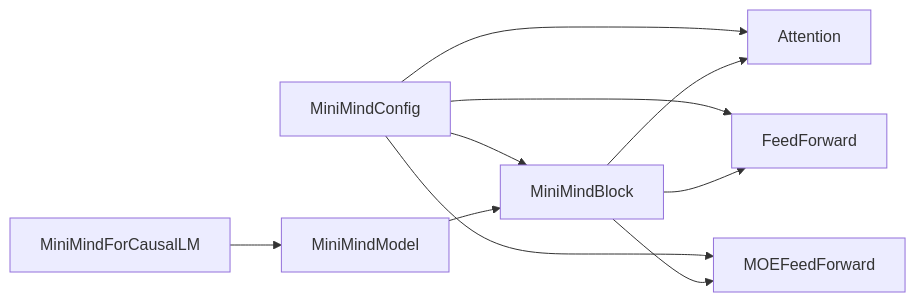
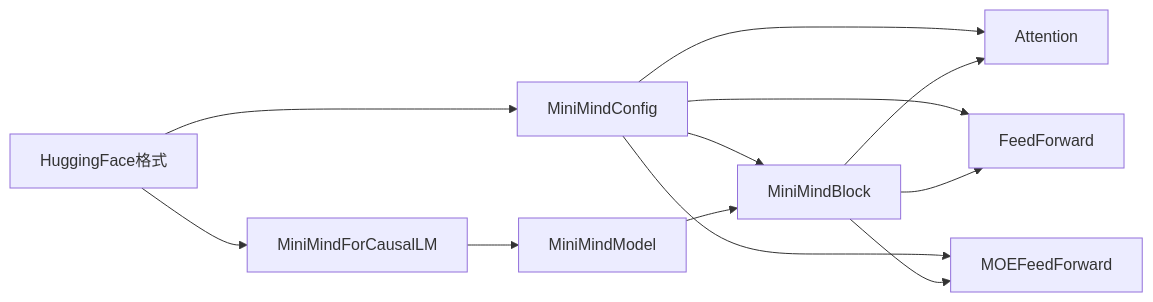
The fifth of 5 diagrams in .qoder/repowiki/zh/content/核心代码模块/模型架构模块/模型架构模块.md (shiyukonghui/minimind), drawn with Mermaid before and after one commit. The commit also changed other lines of this file and 5 other files, not shown here.

````diff
--- a/.qoder/repowiki/zh/content/核心代码模块/模型架构模块/模型架构模块.md
+++ b/.qoder/repowiki/zh/content/核心代码模块/模型架构模块/模型架构模块.md
@@ -282,12 +376,14 @@
 ```mermaid
 graph LR
 CFG["MiniMindConfig"] --> ATT["Attention"]
 CFG --> FF["FeedForward"]
 CFG --> MOE["MOEFeedForward"]
 CFG --> MB["MiniMindBlock"]
 MB --> ATT
 MB --> FF
 MB --> MOE
 MM["MiniMindModel"] --> MB
 LM["MiniMindForCausalLM"] --> MM
+HF["HuggingFace格式"] --> CFG
+HF --> LM
 ```
````
